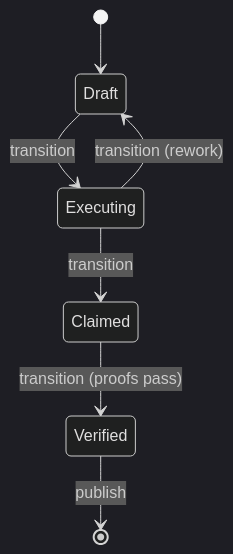
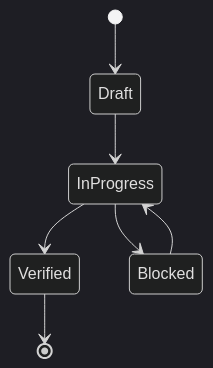
The diagram in .decapod/managed/specs/SEMANTICS.md (DecapodLabs/decapod), drawn with Mermaid (dark theme) before and after one commit. The commit also changed other lines of this file and 29 other files, not shown here.

````diff
--- a/.decapod/managed/specs/SEMANTICS.md
+++ b/.decapod/managed/specs/SEMANTICS.md
@@ -37,9 +2,9 @@
 ```mermaid
 stateDiagram-v2
-    [*] --> Draft
-    Draft --> Executing: transition
-    Executing --> Claimed: transition
-    Claimed --> Verified: transition (proofs pass)
-    Executing --> Draft: transition (rework)
-    Verified --> [*]: publish
+  [*] --> Draft
+  Draft --> InProgress
+  InProgress --> Verified
+  InProgress --> Blocked
+  Blocked --> InProgress
+  Verified --> [*]
 ```
````
